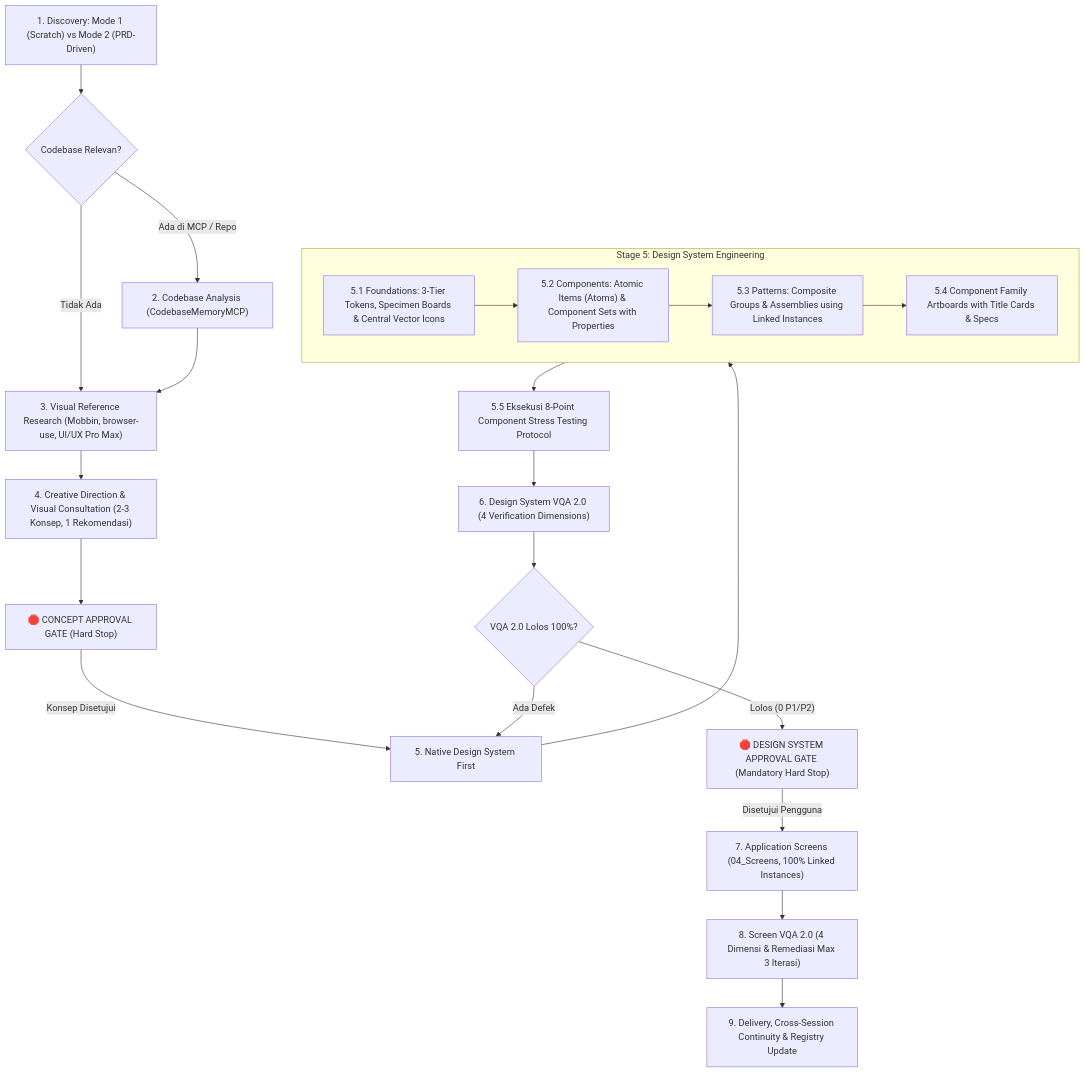
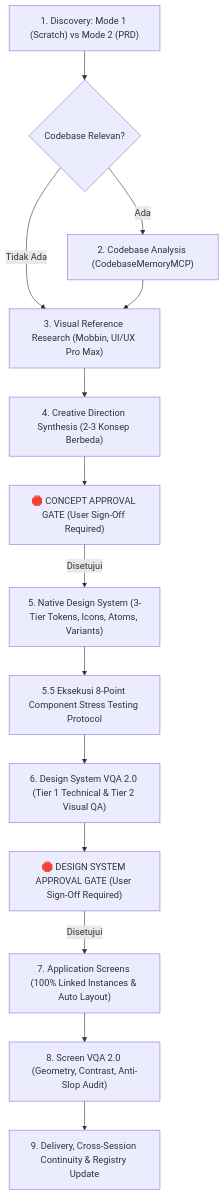
One commit to alfitocp27/design-orchestrator changed the diagram in .agents/skills/design-orchestrator/SKILL.md. Above: the diagram before and after it, drawn with Mermaid. The commit also changed other lines of this file and 78 other files, not shown here.

First line of the commit message:
feat(release): Design Orchestrator v2.2.0 - Native FigCraft Engine, Dynamic Creative Direction & VQA 2.0 (#2)

````diff
--- a/.agents/skills/design-orchestrator/SKILL.md
+++ b/.agents/skills/design-orchestrator/SKILL.md
@@ -129,28 +77,16 @@
 ```mermaid
 flowchart TD
-    S1["1. Discovery: Mode 1 (Scratch) vs Mode 2 (PRD-Driven)"] --> S2{"Codebase Relevan?"}
-    S2 -- "Ada di MCP / Repo" --> S2A["2. Codebase Analysis (CodebaseMemoryMCP)"]
-    S2 -- "Tidak Ada" --> S3["3. Visual Reference Research (Mobbin, browser-use, UI/UX Pro Max)"]
+    S1["1. Discovery: Mode 1 (Scratch) vs Mode 2 (PRD)"] --> S2{"Codebase Relevan?"}
+    S2 -- "Ada" --> S2A["2. Codebase Analysis (CodebaseMemoryMCP)"]
+    S2 -- "Tidak Ada" --> S3["3. Visual Reference Research (Mobbin, UI/UX Pro Max)"]
     S2A --> S3
-    S3 --> S4["4. Creative Direction & Visual Consultation (2-3 Konsep, 1 Rekomendasi)"]
-    S4 --> GATE_C["🛑 CONCEPT APPROVAL GATE (Hard Stop)"]
-    GATE_C -->|Konsep Disetujui| S5["5. Native Design System First"]
-    
-    subgraph DS_BUILD ["Stage 5: Design System Engineering"]
-        S5A["5.1 Foundations: 3-Tier Tokens, Specimen Boards & Central Vector Icons"]
-        S5B["5.2 Components: Atomic Items (Atoms) & Component Sets with Properties"]
-        S5C["5.3 Patterns: Composite Groups & Assemblies using Linked Instances"]
-        S5D["5.4 Component Family Artboards with Title Cards & Specs"]
-        S5A --> S5B --> S5C --> S5D
-    end
-    
-    S5 --> DS_BUILD
-    DS_BUILD --> S5T["5.5 Eksekusi 8-Point Component Stress Testing Protocol"]
-    S5T --> S6["6. Design System VQA 2.0 (4 Verification Dimensions)"]
-    S6 --> S6C{"VQA 2.0 Lolos 100%?"}
-    S6C -- "Ada Defek" --> S5
-    S6C -- "Lolos (0 P1/P2)" --> GATE_DS["🛑 DESIGN SYSTEM APPROVAL GATE (Mandatory Hard Stop)"]
-    GATE_DS -->|Disetujui Pengguna| S7["7. Application Screens (04_Screens, 100% Linked Instances)"]
-    S7 --> S8["8. Screen VQA 2.0 (4 Dimensi & Remediasi Max 3 Iterasi)"]
+    S3 --> S4["4. Creative Direction Synthesis (2-3 Konsep Berbeda)"]
+    S4 --> GATE_C["🛑 CONCEPT APPROVAL GATE (User Sign-Off Required)"]
+    GATE_C -->|Disetujui| S5["5. Native Design System (3-Tier Tokens, Icons, Atoms, Variants)"]
+    S5 --> S5T["5.5 Eksekusi 8-Point Component Stress Testing Protocol"]
+    S5T --> S6["6. Design System VQA 2.0 (Tier 1 Technical & Tier 2 Visual QA)"]
+    S6 --> GATE_DS["🛑 DESIGN SYSTEM APPROVAL GATE (User Sign-Off Required)"]
+    GATE_DS -->|Disetujui| S7["7. Application Screens (100% Linked Instances & Auto Layout)"]
+    S7 --> S8["8. Screen VQA 2.0 (Geometry, Contrast, Anti-Slop Audit)"]
     S8 --> S9["9. Delivery, Cross-Session Continuity & Registry Update"]
 ```
````
